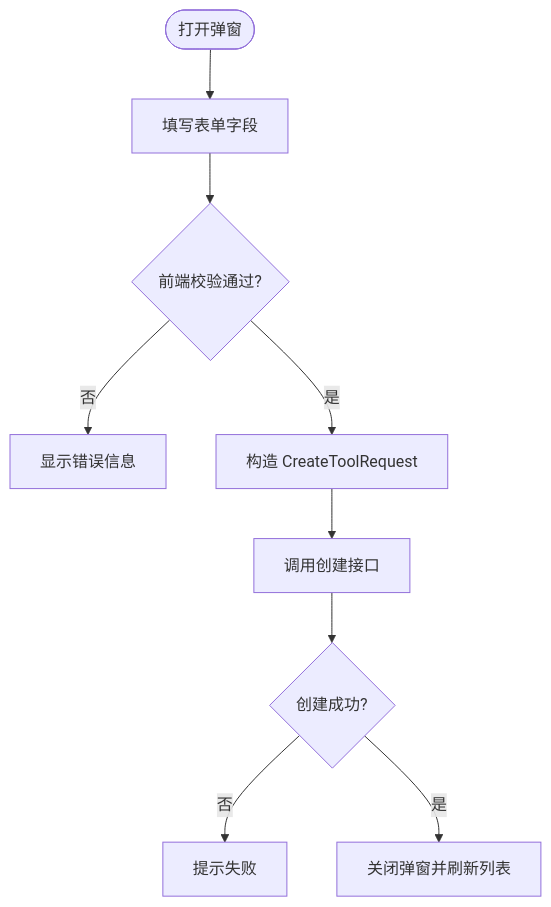
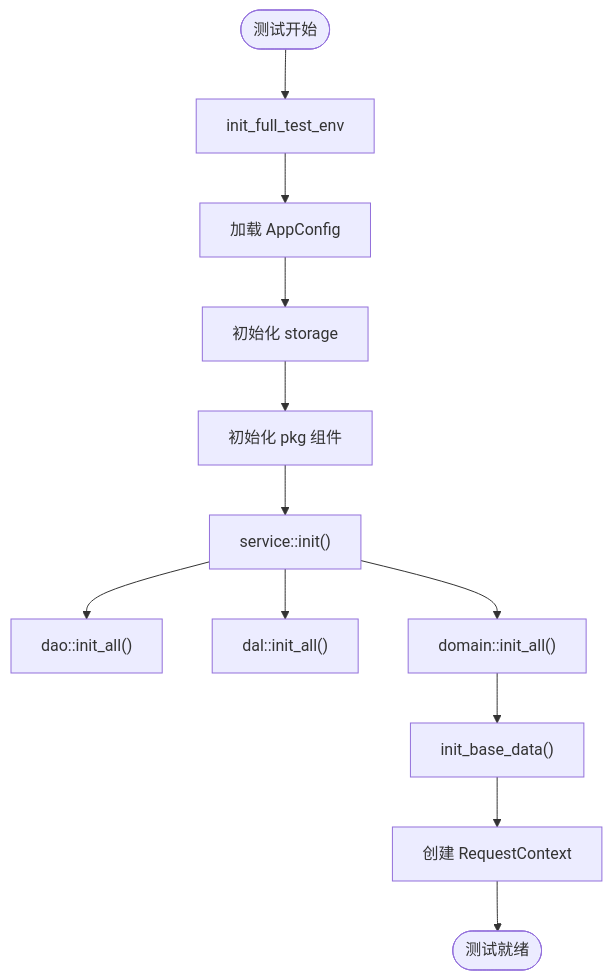
The third of 5 diagrams in .qoder/repowiki/zh/content/测试指南/端到端测试基础设施.md (runningcoders/ai_orz), drawn with Mermaid before and after one commit. The commit also changed other lines of this file and 5 other files, not shown here.

````diff
--- a/.qoder/repowiki/zh/content/测试指南/端到端测试基础设施.md
+++ b/.qoder/repowiki/zh/content/测试指南/端到端测试基础设施.md
@@ -139,11 +139,14 @@
 ```mermaid
 flowchart TD
-Start(["打开弹窗"]) --> Fill["填写表单字段"]
-Fill --> Validate{"前端校验通过?"}
-Validate -- 否 --> ShowErr["显示错误信息"]
-Validate -- 是 --> Build["构造 CreateToolRequest"]
-Build --> Submit["调用创建接口"]
-Submit --> Result{"创建成功?"}
-Result -- 否 --> Err["提示失败"]
-Result -- 是 --> Close["关闭弹窗并刷新列表"]
+Start(["测试开始"]) --> InitEnv["init_full_test_env"]
+InitEnv --> LoadConfig["加载 AppConfig"]
+LoadConfig --> InitStorage["初始化 storage"]
+InitStorage --> InitPkg["初始化 pkg 组件"]
+InitPkg --> InitService["service::init()"]
+InitService --> InitDAO["dao::init_all()"]
+InitService --> InitDAL["dal::init_all()"]
+InitService --> InitDomain["domain::init_all()"]
+InitDomain --> InitBaseData["init_base_data()"]
+InitBaseData --> CreateCtx["创建 RequestContext"]
+CreateCtx --> End(["测试就绪"])
 ```
````
